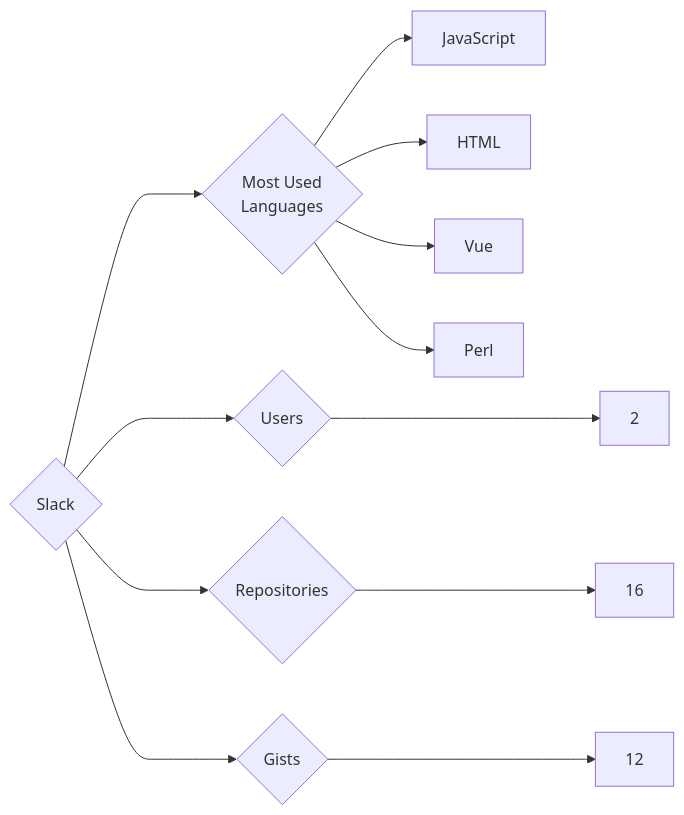
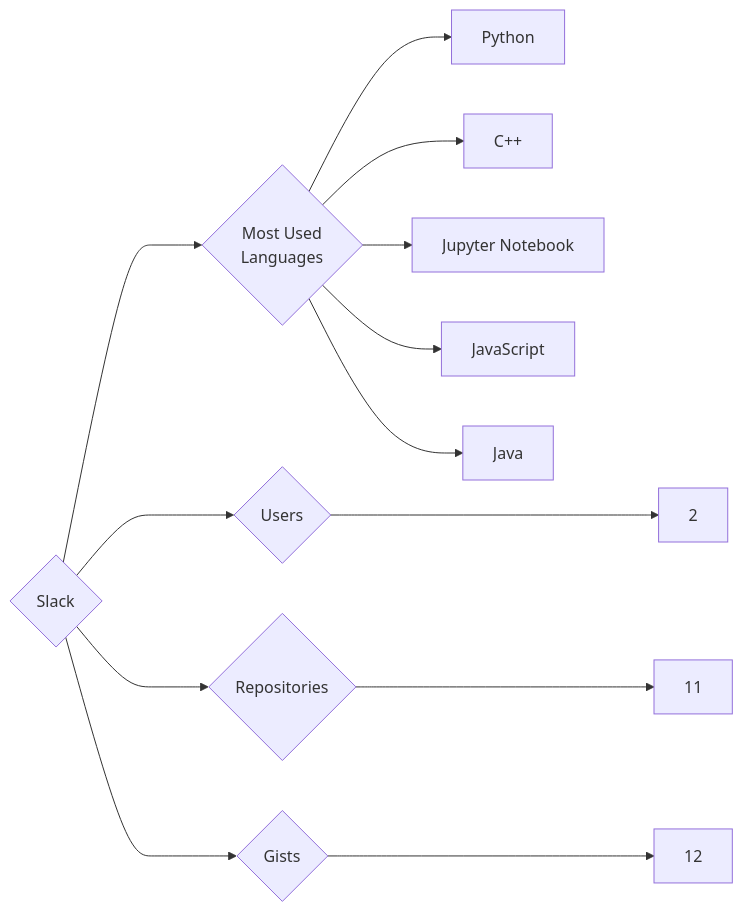
One commit to trickest/insiders changed the diagram in targets/Slack/README.md. Above: the diagram before and after it, drawn with Mermaid. The commit also changed 1389 other files, not shown here.

````diff
--- a/targets/Slack/README.md
+++ b/targets/Slack/README.md
@@ -3,12 +3,13 @@
 ```mermaid
 graph LR
 COMPANY_NAME{Slack}
 COMPANY_NAME ---> U{Users} ---> UN[2]
-COMPANY_NAME ---> R{Repositories} ---> RN[16]
+COMPANY_NAME ---> R{Repositories} ---> RN[11]
 COMPANY_NAME ---> G{Gists} ---> GN[12]
 COMPANY_NAME ---> ML{Most Used<br>Languages}
+ML --> Python[Python]
+ML --> C++[C++]
+ML --> Jupyter_Notebook[Jupyter Notebook]
 ML --> JavaScript[JavaScript]
-ML --> HTML[HTML]
-ML --> Vue[Vue]
-ML --> Perl[Perl]
+ML --> Java[Java]
 ```
````
